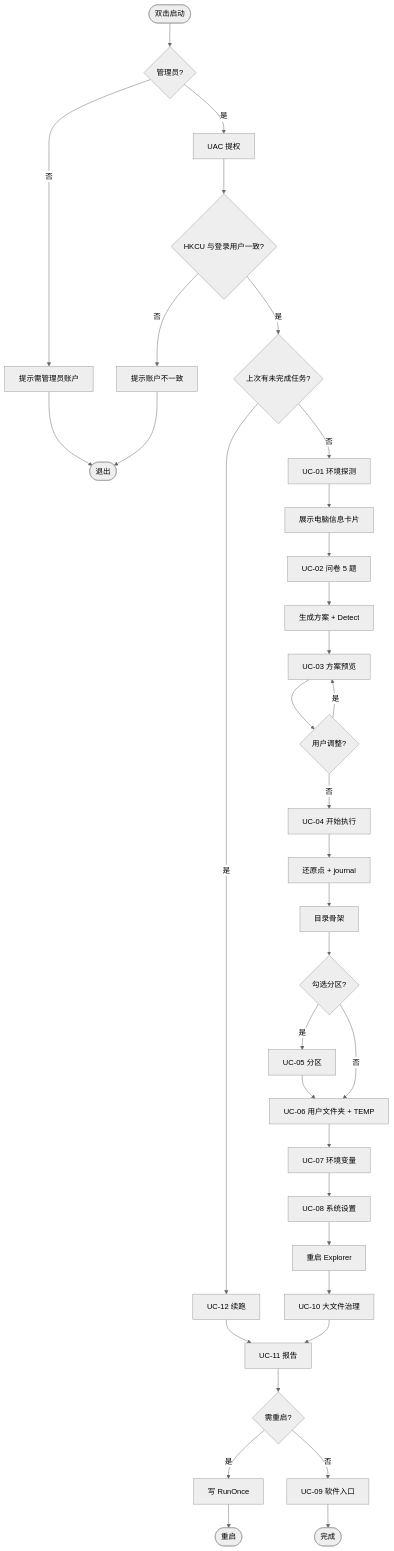
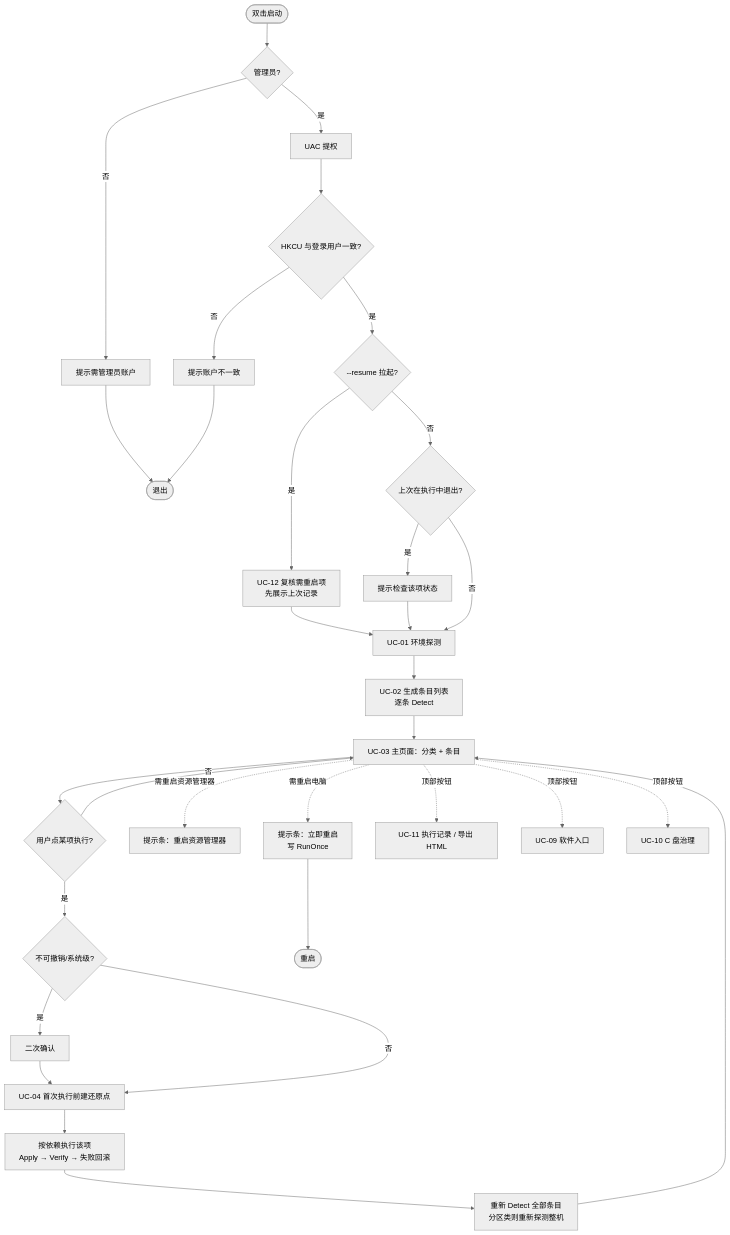
Before and after one commit to CookPiu/WinHomestead: the second of 8 diagrams in docs/02-用例与用户流程.md, drawn with Mermaid (neutral theme). The commit also changed other lines of this file and 2 other files, not shown here.

````diff
--- a/docs/02-用例与用户流程.md
+++ b/docs/02-用例与用户流程.md
@@ -261,32 +266,28 @@
 ```mermaid
 flowchart TD
   A([双击启动]) --> B{管理员?}
   B -- 否 --> B1[提示需管理员账户] --> Z([退出])
   B -- 是 --> C[UAC 提权]
   C --> D{HKCU 与登录用户一致?}
   D -- 否 --> D1[提示账户不一致] --> Z
-  D -- 是 --> E{上次有未完成任务?}
-  E -- 是 --> E1[UC-12 续跑] --> M
-  E -- 否 --> F[UC-01 环境探测]
-  F --> G[展示电脑信息卡片]
-  G --> H[UC-02 问卷 5 题]
-  H --> I[生成方案 + Detect]
-  I --> J[UC-03 方案预览]
-  J --> K{用户调整?}
-  K -- 是 --> J
-  K -- 否 --> L[UC-04 开始执行]
-  L --> L1[还原点 + journal]
-  L1 --> L2[目录骨架]
-  L2 --> L3{勾选分区?}
-  L3 -- 是 --> L4[UC-05 分区] --> L5
-  L3 -- 否 --> L5[UC-06 用户文件夹 + TEMP]
-  L5 --> L6[UC-07 环境变量]
-  L6 --> L7[UC-08 系统设置]
-  L7 --> L8[重启 Explorer]
-  L8 --> L9[UC-10 大文件治理]
-  L9 --> M[UC-11 报告]
-  M --> N{需重启?}
-  N -- 是 --> N1[写 RunOnce] --> N2([重启])
-  N -- 否 --> O[UC-09 软件入口]
-  O --> P([完成])
+  D -- 是 --> E{"--resume 拉起?"}
+  E -- 是 --> E1[UC-12 复核需重启项<br/>先展示上次记录] --> F
+  E -- 否 --> E2{上次在执行中退出?}
+  E2 -- 是 --> E3[提示检查该项状态] --> F
+  E2 -- 否 --> F[UC-01 环境探测]
+  F --> G[UC-02 生成条目列表<br/>逐条 Detect]
+  G --> H[UC-03 主页面：分类 + 条目]
+  H --> I{用户点某项执行?}
+  I -- 否 --> H
+  I -- 是 --> J{不可撤销/系统级?}
+  J -- 是 --> J1[二次确认] --> K
+  J -- 否 --> K[UC-04 首次执行前建还原点]
+  K --> K1[按依赖执行该项<br/>Apply → Verify → 失败回滚]
+  K1 --> K2[重新 Detect 全部条目<br/>分区类则重新探测整机]
+  K2 --> H
+  H -.需重启资源管理器.-> R1[提示条：重启资源管理器]
+  H -.需重启电脑.-> R2[提示条：立即重启<br/>写 RunOnce] --> Z2([重启])
+  H -.顶部按钮.-> S1[UC-11 执行记录 / 导出 HTML]
+  H -.顶部按钮.-> S2[UC-09 软件入口]
+  H -.顶部按钮.-> S3[UC-10 C 盘治理]
 ```
````
